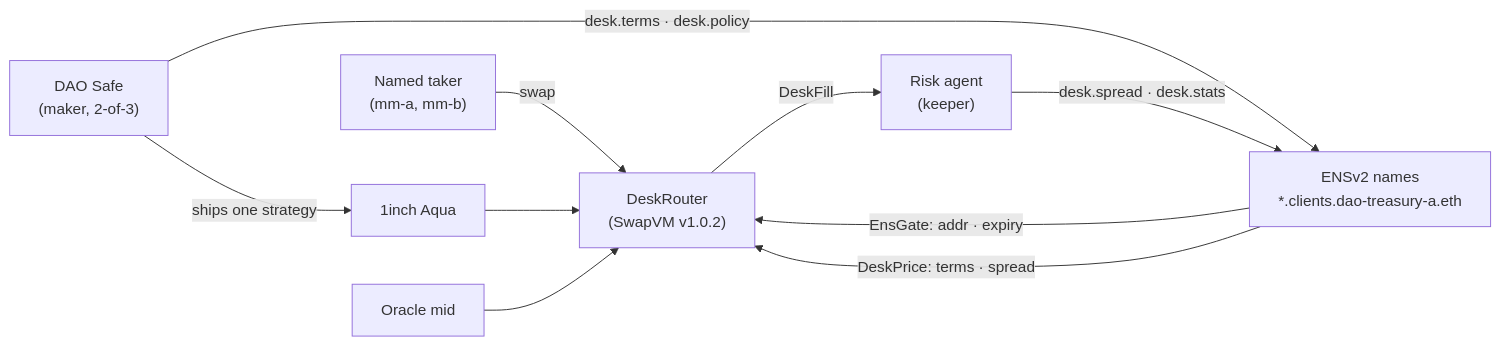
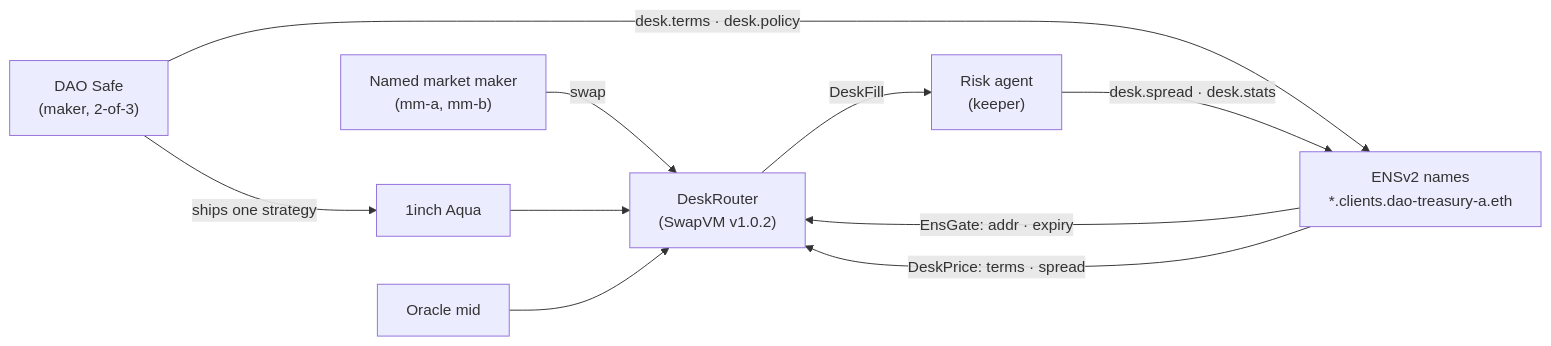
The diagram in README.md (sdh2222/eth-tokyo), drawn with Mermaid before and after one commit. The commit also changed other lines of this file, not shown here.

````diff
--- a/README.md
+++ b/README.md
@@ -37,12 +39,12 @@
 ```mermaid
 flowchart LR
   Safe["DAO Safe<br/>(maker, 2-of-3)"] -- "ships one strategy" --> Aqua["1inch Aqua"]
   Safe -- "desk.terms · desk.policy" --> ENS["ENSv2 names<br/>*.clients.dao-treasury-a.eth"]
-  Taker["Named taker<br/>(mm-a, mm-b)"] -- "swap" --> Router["DeskRouter<br/>(SwapVM v1.0.2)"]
+  Taker["Named market maker<br/>(mm-a, mm-b)"] -- "swap" --> Router["DeskRouter<br/>(SwapVM v1.0.2)"]
   Aqua --> Router
   ENS -- "EnsGate: addr · expiry" --> Router
   ENS -- "DeskPrice: terms · spread" --> Router
   Oracle["Oracle mid"] --> Router
   Router -- "DeskFill" --> Agent["Risk agent<br/>(keeper)"]
   Agent -- "desk.spread · desk.stats" --> ENS
 ```
````
